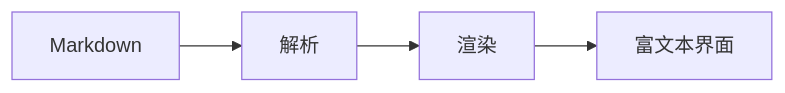
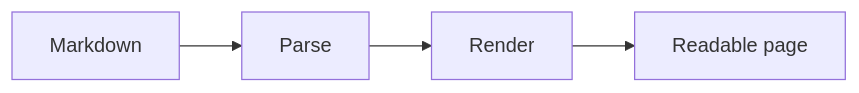
Before and after one commit to kxenon0rix/kxenon0rix.github.io: the fifth of 5 diagrams in content/articles/markdown-test.md, drawn with Mermaid. The commit also changed other lines of this file and 35 other files, not shown here.

````diff
--- a/content/articles/markdown-test.md
+++ b/content/articles/markdown-test.md
@@ -451,6 +440,6 @@
 ```mermaid
 flowchart LR
-    A[Markdown] --> B[解析]
-    B --> C[渲染]
-    C --> D[富文本界面]
+    A[Markdown] --> B[Parse]
+    B --> C[Render]
+    C --> D[Readable page]
 ```
````
